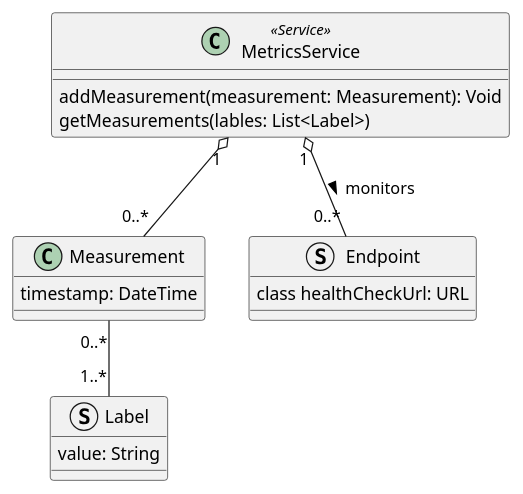
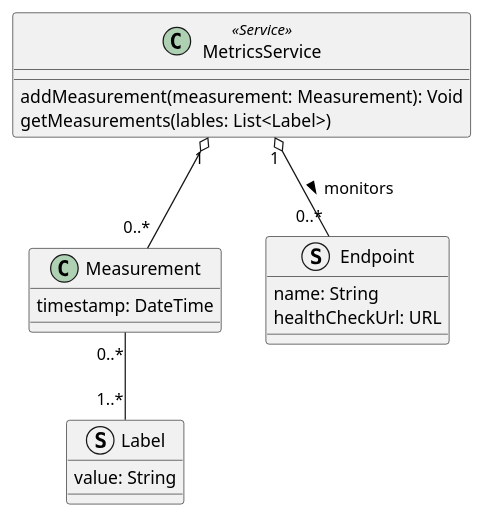
Before and after one commit to Ventus218/SAP-assignment-02: the diagram in doc/diagrams/src/metrics-server-domain-model.puml, drawn with PlantUML. The commit also changed 1 other file, not shown here.

```diff
--- a/doc/diagrams/src/metrics-server-domain-model.puml
+++ b/doc/diagrams/src/metrics-server-domain-model.puml
@@ -1,25 +1,26 @@
 @startuml metrics-server-domain-model
 
 struct Label {
     value: String
 }
 
 class Measurement {
     timestamp: DateTime
 }
 
 Measurement "0..*" -- "1..*" Label
 
 struct Endpoint {
-    class healthCheckUrl: URL
+    name: String
+    healthCheckUrl: URL
 }
 
 class MetricsService <<Service>> {
     addMeasurement(measurement: Measurement): Void
     getMeasurements(lables: List<Label>)
 }
 
 MetricsService "1" o-- "0..*" Endpoint : "monitors >"
 MetricsService "1" o-- "0..*" Measurement
 
 @enduml
```
